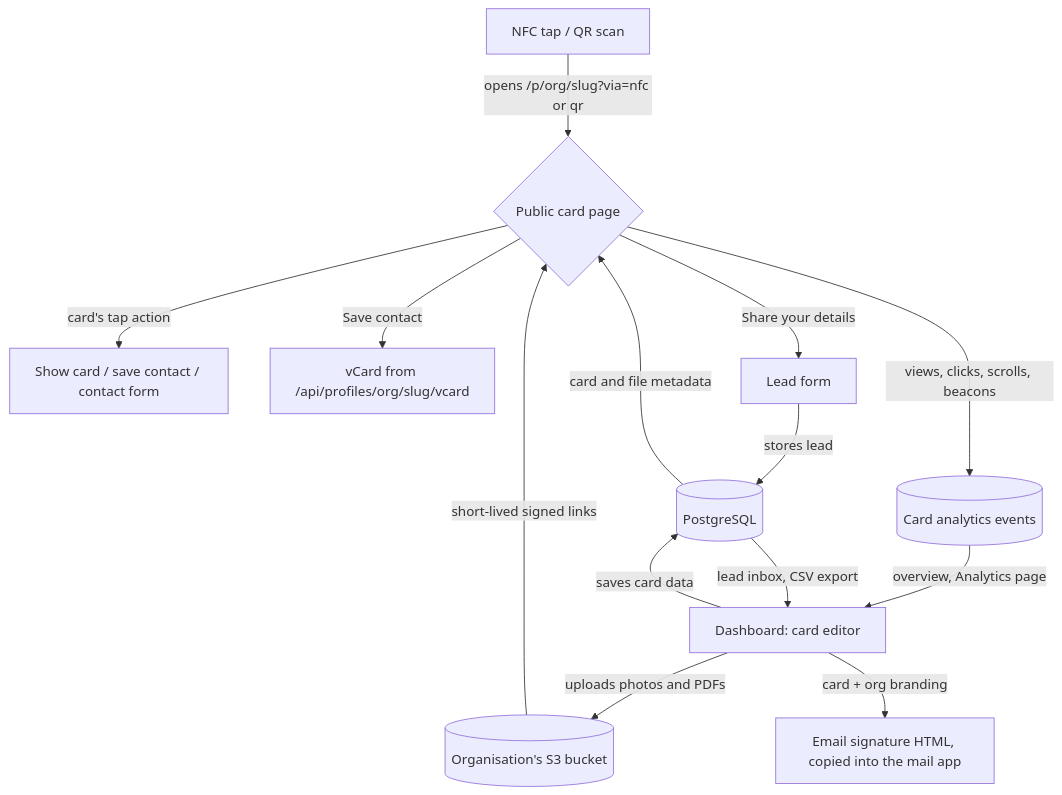
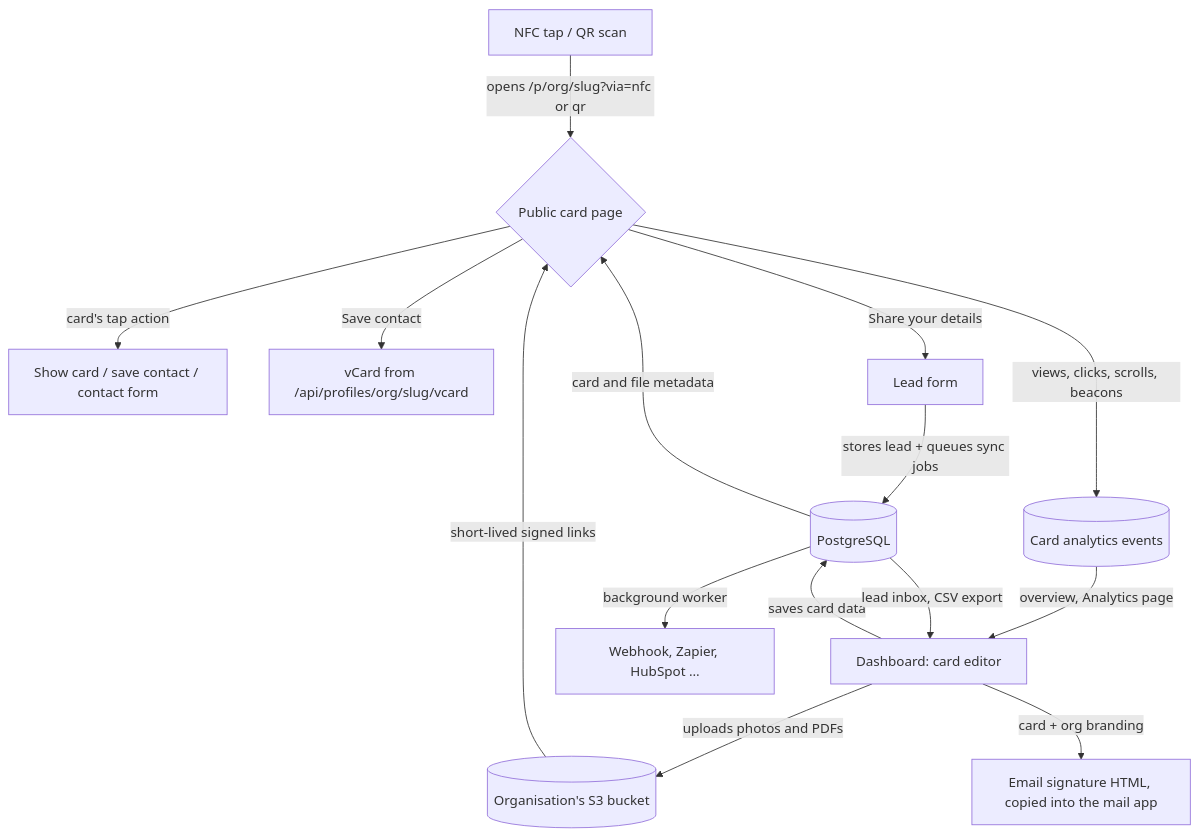
One commit to faiz-gh/fronko changed the diagram in README.md. Above: the diagram before and after it, drawn with Mermaid. The commit also changed other lines of this file and 107 other files, not shown here.

````diff
--- a/README.md
+++ b/README.md
@@ -95,16 +104,17 @@
 ```mermaid
 graph TD
     A[NFC tap / QR scan] -->|opens /p/org/slug?via=nfc or qr| C{Public card page}
     C -->|card's tap action| T[Show card / save contact / contact form]
     E[Dashboard: card editor] -->|saves card data| D[(PostgreSQL)]
     E -->|uploads photos and PDFs| S[(Organisation's S3 bucket)]
     D -->|card and file metadata| C
     S -->|short-lived signed links| C
     C -->|Save contact| F[vCard from /api/profiles/org/slug/vcard]
     E -->|card + org branding| SIG[Email signature HTML, copied into the mail app]
     C -->|Share your details| G[Lead form]
     C -->|views, clicks, scrolls, beacons| AN[(Card analytics events)]
     AN -->|overview, Analytics page| E
-    G -->|stores lead| D
+    G -->|stores lead + queues sync jobs| D
     D -->|lead inbox, CSV export| E
+    D -->|background worker| CRM[Webhook, Zapier, HubSpot …]
 ```
````
